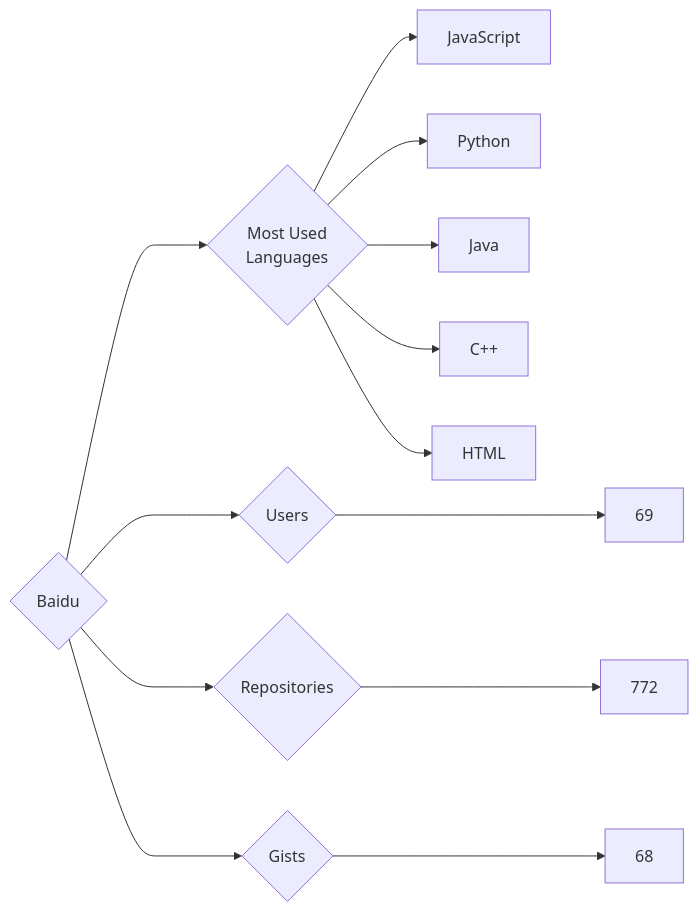
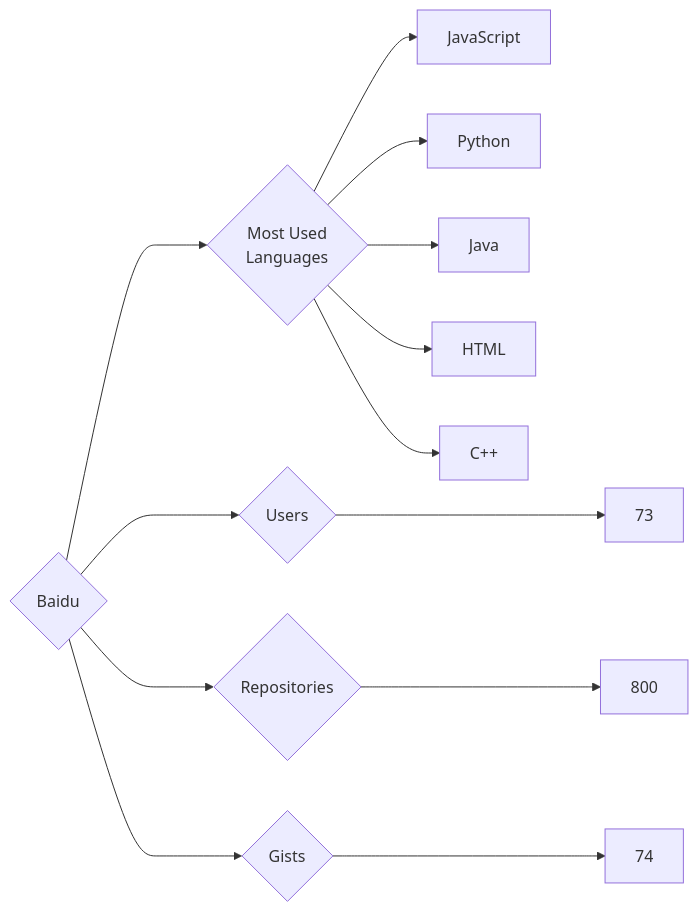
The diagram in targets/Baidu/README.md (trickest/insiders), drawn with Mermaid before and after one commit. The commit also changed 940 other files, not shown here.

````diff
--- a/targets/Baidu/README.md
+++ b/targets/Baidu/README.md
@@ -3,13 +3,13 @@
 ```mermaid
 graph LR
 COMPANY_NAME{Baidu}
-COMPANY_NAME ---> U{Users} ---> UN[69]
-COMPANY_NAME ---> R{Repositories} ---> RN[772]
-COMPANY_NAME ---> G{Gists} ---> GN[68]
+COMPANY_NAME ---> U{Users} ---> UN[73]
+COMPANY_NAME ---> R{Repositories} ---> RN[800]
+COMPANY_NAME ---> G{Gists} ---> GN[74]
 COMPANY_NAME ---> ML{Most Used<br>Languages}
 ML --> JavaScript[JavaScript]
 ML --> Python[Python]
 ML --> Java[Java]
+ML --> HTML[HTML]
 ML --> C++[C++]
-ML --> HTML[HTML]
 ```
````
